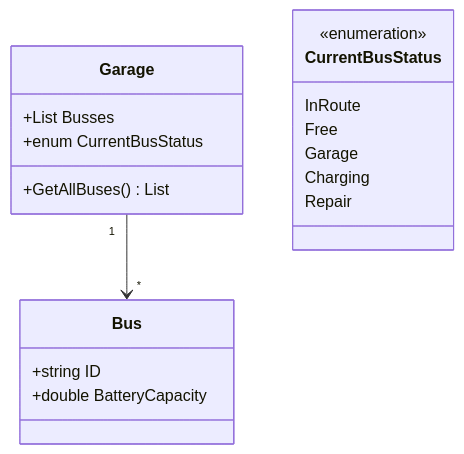
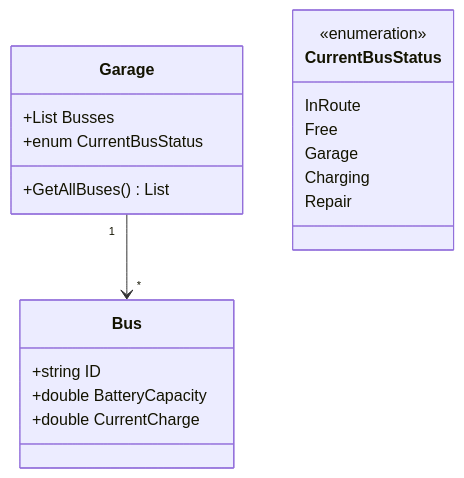
One commit to Team-14-pa-UCL/Getting-Real2 changed the diagram in Dokumentation/Iteration 1/Use Case 2/DCD.mmd. Above: the diagram before and after it, drawn with Mermaid. The commit also changed 1 other file, not shown here.

Commit message:
SD: replaced BatterPercentage by CurrentCharge

```diff
--- a/Dokumentation/Iteration 1/Use Case 2/DCD.mmd
+++ b/Dokumentation/Iteration 1/Use Case 2/DCD.mmd
@@ -1,24 +1,25 @@
 classDiagram
     class Bus {
         +string ID
         +double BatteryCapacity
+        +double CurrentCharge
     }
 
     class Garage {
         +List<Bus> Busses
         +enum CurrentBusStatus
 
         +GetAllBuses() List<Bus>
     }
 
     class CurrentBusStatus{
         <<enumeration>>
         InRoute
         Free
         Garage
         Charging
         Repair
 
     }
     
     Garage "1" --> "*" Bus
```
